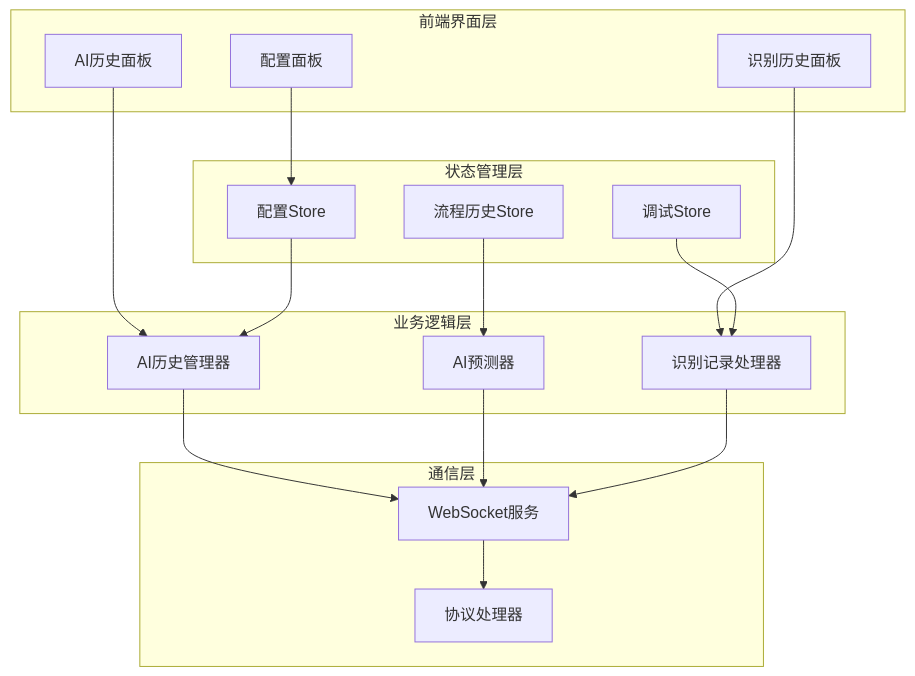
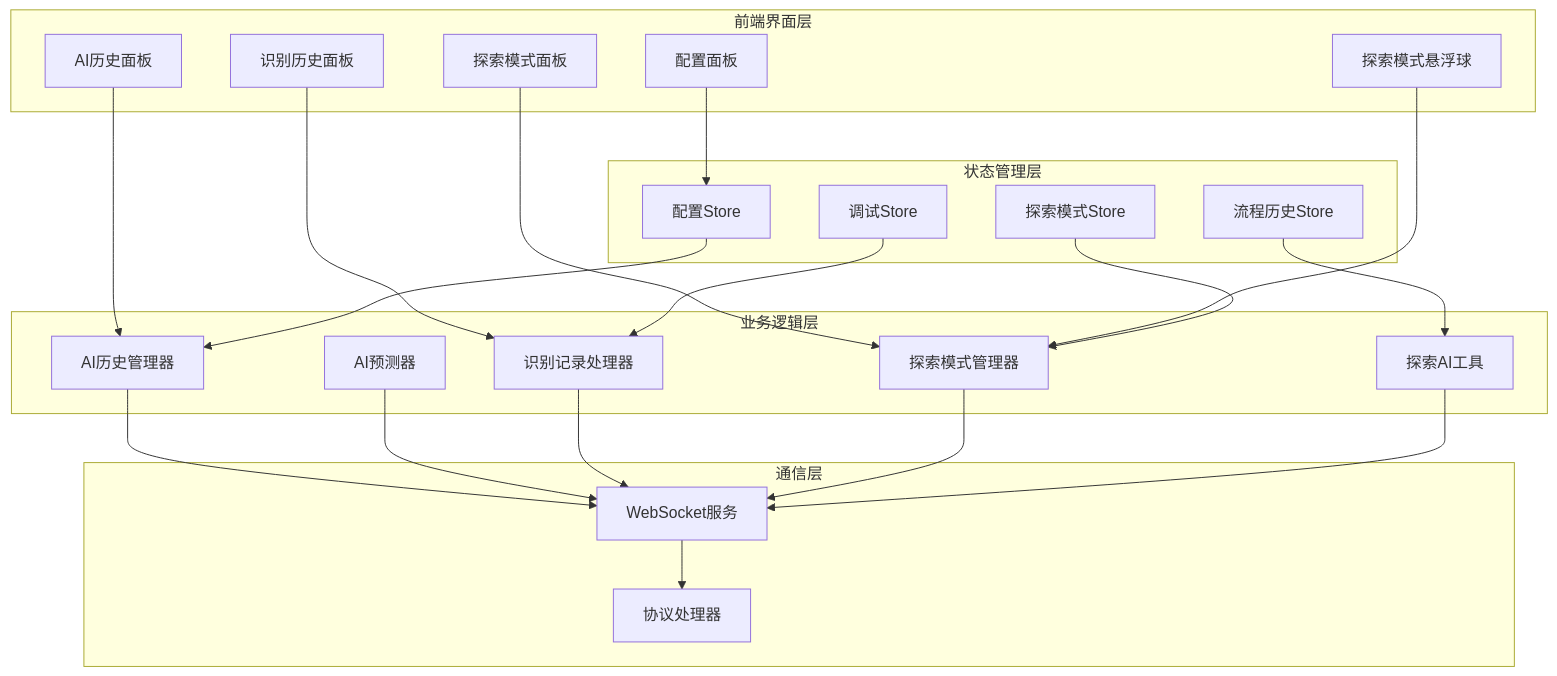
Before and after one commit to kqcoxn/MaaPipelineEditor: the first of 10 diagrams in .qoder/repowiki/zh/content/AI辅助功能/AI历史记录管理.md, drawn with Mermaid. The commit also changed other lines of this file and 17 other files, not shown here.

````diff
--- a/.qoder/repowiki/zh/content/AI辅助功能/AI历史记录管理.md
+++ b/.qoder/repowiki/zh/content/AI辅助功能/AI历史记录管理.md
@@ -44,32 +64,42 @@
 ```mermaid
 graph TB
 subgraph "前端界面层"
 A[AI历史面板]
 B[识别历史面板]
-C[配置面板]
+C[探索模式面板]
+D[探索模式悬浮球]
+E[配置面板]
 end
 subgraph "状态管理层"
-D[配置Store]
-E[调试Store]
-F[流程历史Store]
+F[配置Store]
+G[调试Store]
+H[流程历史Store]
+I[探索模式Store]
 end
 subgraph "业务逻辑层"
-G[AI历史管理器]
-H[AI预测器]
-I[识别记录处理器]
+J[AI历史管理器]
+K[AI预测器]
+L[识别记录处理器]
+M[探索模式管理器]
+N[探索AI工具]
 end
 subgraph "通信层"
-J[WebSocket服务]
-K[协议处理器]
+O[WebSocket服务]
+P[协议处理器]
 end
-A --> G
-B --> I
-C --> D
-D --> G
-E --> I
-F --> H
-G --> J
-H --> J
-I --> J
-J --> K
+A --> J
+B --> L
+C --> M
+D --> M
+E --> F
+F --> J
+G --> L
+H --> N
+I --> M
+J --> O
+K --> O
+L --> O
+M --> O
+N --> O
+O --> P
 ```
````
